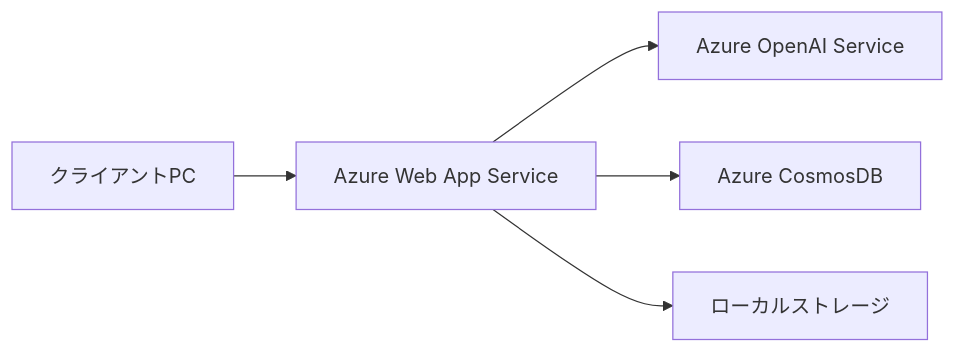
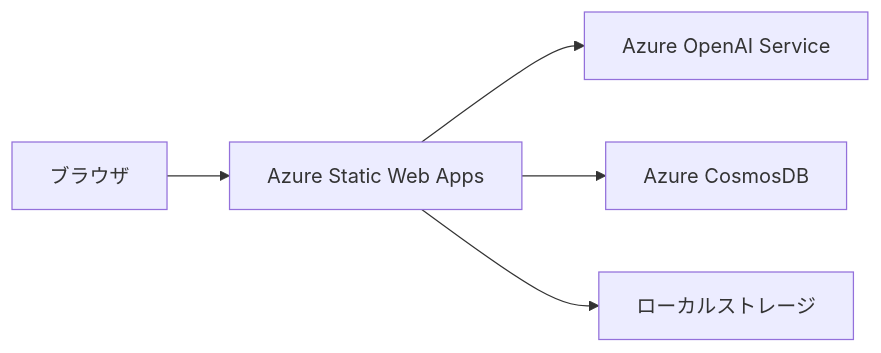
Before and after one commit to kimura00123/seikyusyo2: the third of 7 diagrams in CLINE.md, drawn with Mermaid. The commit also changed other lines of this file and 98 other files, not shown here.

````diff
--- a/CLINE.md
+++ b/CLINE.md
@@ -82,7 +85,7 @@
 ```mermaid
 graph LR
-    A[クライアントPC] --> B[Azure Web App Service]
+    A[ブラウザ] --> B[Azure Static Web Apps]
     B --> C[Azure OpenAI Service]
     B --> D[Azure CosmosDB]
     B --> E[ローカルストレージ]
 ```
````
